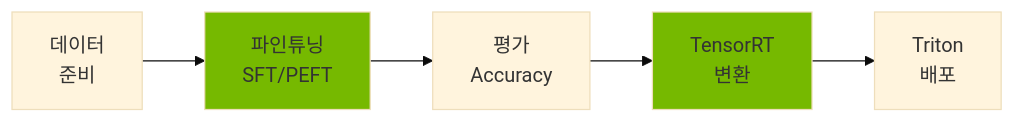
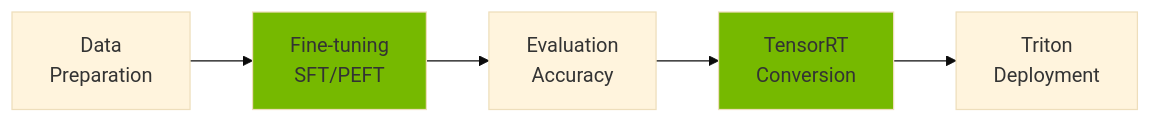
Before and after one commit to devfloor9/engineering-playbook: the first of 6 diagrams in docs/agentic-ai-platform/model-serving/inference-frameworks/nemo-framework.md, drawn with Mermaid (base theme). The commit also changed other lines of this file and 954 other files, not shown here.

````diff
--- a/docs/agentic-ai-platform/model-serving/inference-frameworks/nemo-framework.md
+++ b/docs/agentic-ai-platform/model-serving/inference-frameworks/nemo-framework.md
@@ -43,16 +43,16 @@
 ```mermaid
 flowchart LR
-    Data[데이터<br/>준비]
-    Finetune[파인튜닝<br/>SFT/PEFT]
-    Eval[평가<br/>Accuracy]
-    Export[TensorRT<br/>변환]
-    Deploy[Triton<br/>배포]
+    Data[Data<br/>Preparation]
+    Finetune[Fine-tuning<br/>SFT/PEFT]
+    Eval[Evaluation<br/>Accuracy]
+    Export[TensorRT<br/>Conversion]
+    Deploy[Triton<br/>Deployment]
 
     Data --> Finetune
     Finetune --> Eval
     Eval --> Export
     Export --> Deploy
 
     style Finetune fill:#76b900
     style Export fill:#76b900
 ```
````
